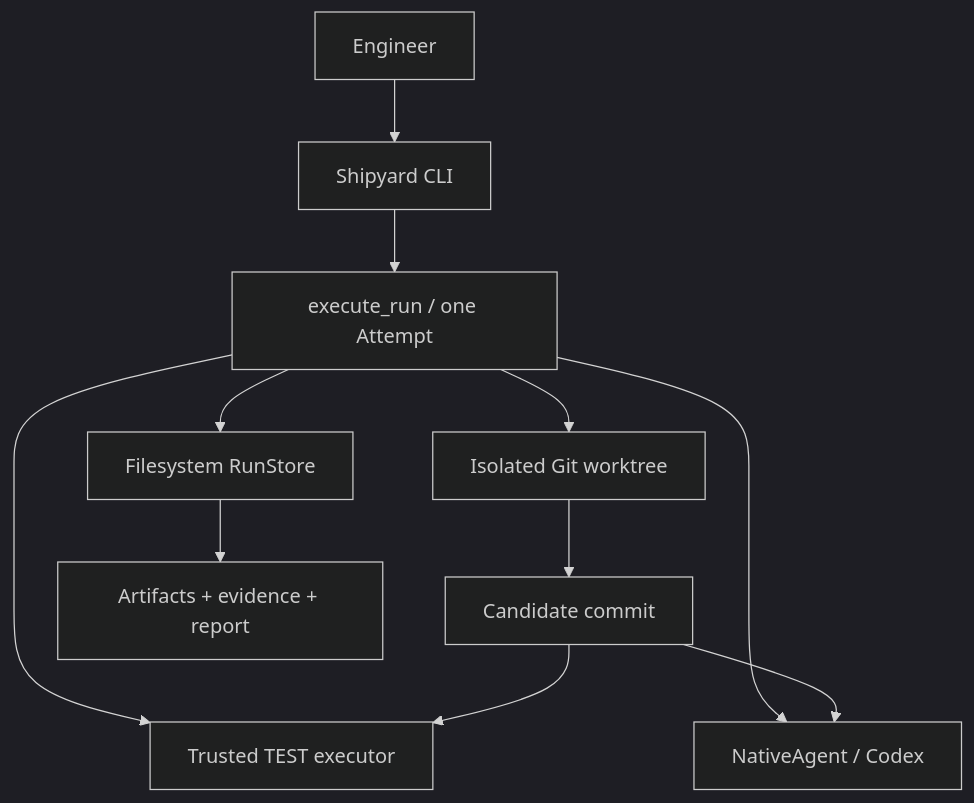
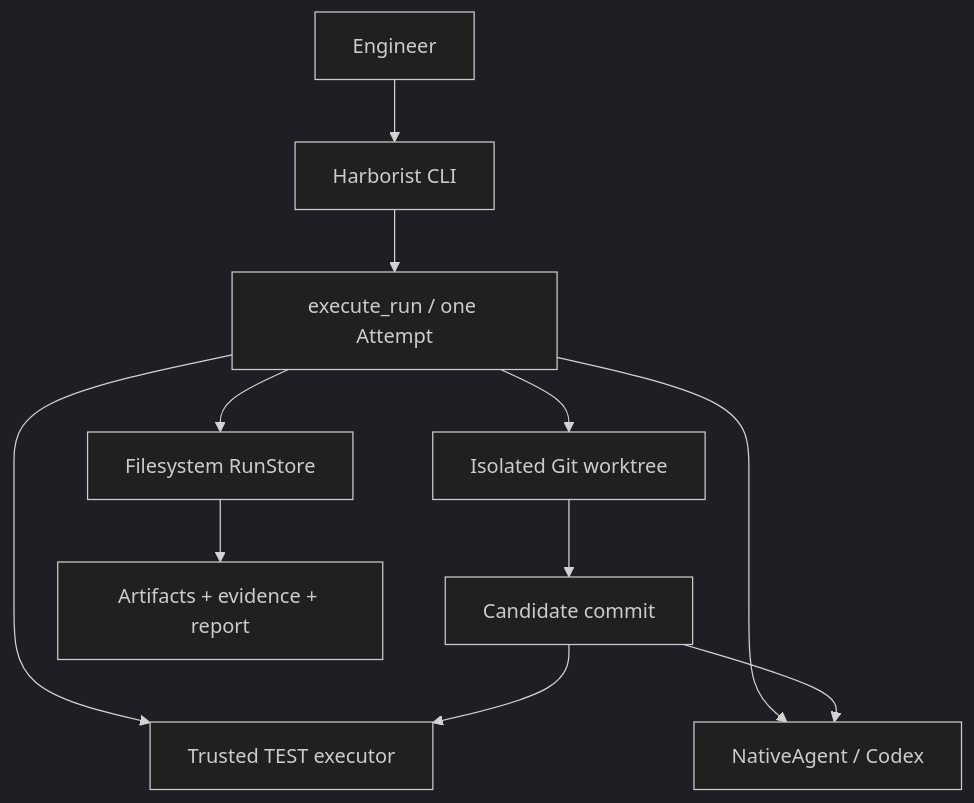
The first of 4 diagrams in ARCHITECTURE.md (maciejgos/harborist), drawn with Mermaid (dark theme) before and after one commit. The commit also changed other lines of this file and 412 other files, not shown here.

Commit message:
Rename Shipyard to Harborist

````diff
--- a/ARCHITECTURE.md
+++ b/ARCHITECTURE.md
@@ -18,13 +18,13 @@
 ```mermaid
 flowchart TB
-    USER[Engineer] --> CLI[Shipyard CLI]
+    USER[Engineer] --> CLI[Harborist CLI]
     CLI --> RUN[execute_run / one Attempt]
     RUN --> GIT[Isolated Git worktree]
     RUN --> AGENT[NativeAgent / Codex]
     RUN --> TEST[Trusted TEST executor]
     RUN --> STORE[Filesystem RunStore]
     GIT --> CAND[Candidate commit]
     CAND --> TEST
     CAND --> AGENT
     STORE --> OUT[Artifacts + evidence + report]
 ```
````
